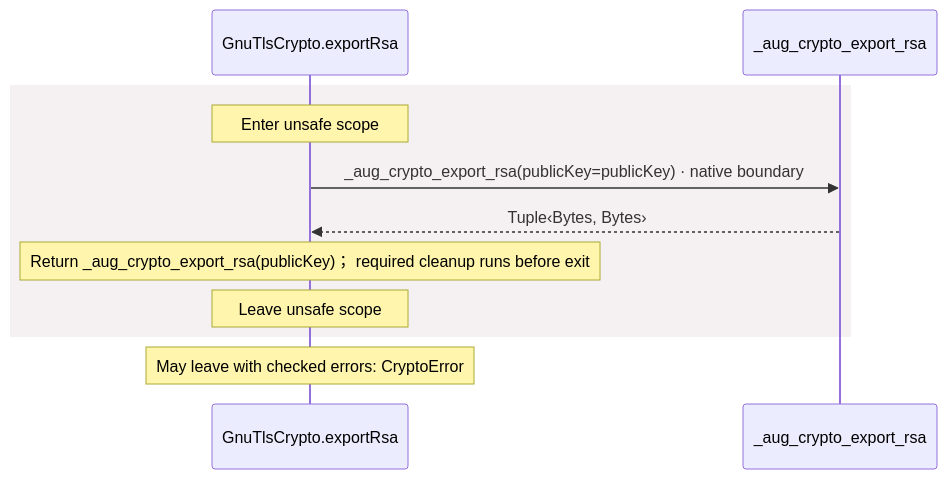
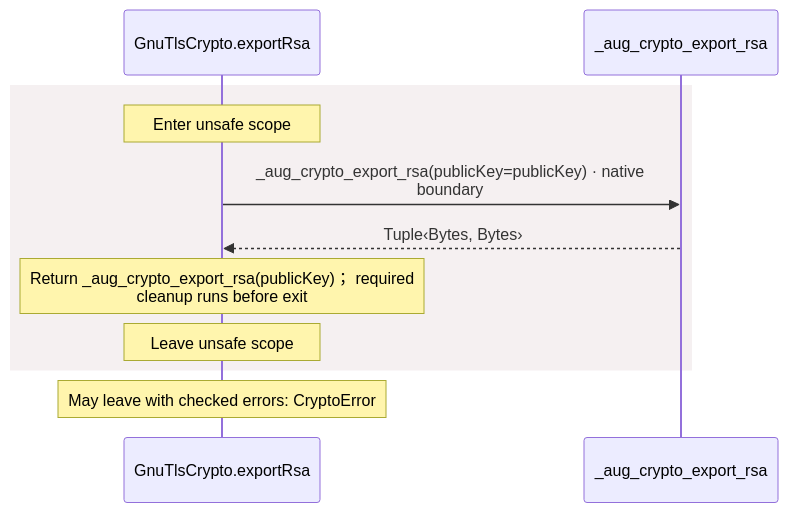
Diagram 12 of 14 in docs/examples/oidc-login/dependencies/packages/@git/url_9ef654c66d34ab8f5527/0.0.0-git.b14a0f9aa41f1ce58bd51133bcdc424033e40d40/contracts-diagrams.md (GreenPandaStudios/augscript), drawn with Mermaid before and after one commit. The commit also changed other lines of this file and 200 other files, not shown here.

Commit message:
Group imported operations and wrap readable sequence messages

````diff
--- a/docs/examples/oidc-login/dependencies/packages/@git/url_9ef654c66d34ab8f5527/0.0.0-git.b14a0f9aa41f1ce58bd51133bcdc424033e40d40/contracts-diagrams.md
+++ b/docs/examples/oidc-login/dependencies/packages/@git/url_9ef654c66d34ab8f5527/0.0.0-git.b14a0f9aa41f1ce58bd51133bcdc424033e40d40/contracts-diagrams.md
@@ -450,13 +450,13 @@
 ```mermaid
 sequenceDiagram
     participant p0 as GnuTlsCrypto.exportRsa
     participant p1 as _aug_crypto_export_rsa
     rect rgb(245, 240, 241)
     Note over p0: Enter unsafe scope
-    p0->>p1: _aug_crypto_export_rsa(publicKey=publicKey) · native boundary
+    p0->>p1: _aug_crypto_export_rsa(publicKey=publicKey) · native<br/>boundary
     p1-->>p0: Tuple‹Bytes, Bytes›
-    Note over p0: Return _aug_crypto_export_rsa(publicKey)； required cleanup runs before exit
+    Note over p0: Return _aug_crypto_export_rsa(publicKey)； required<br/>cleanup runs before exit
     Note over p0: Leave unsafe scope
     end
     Note over p0: May leave with checked errors: CryptoError
 ```
````
